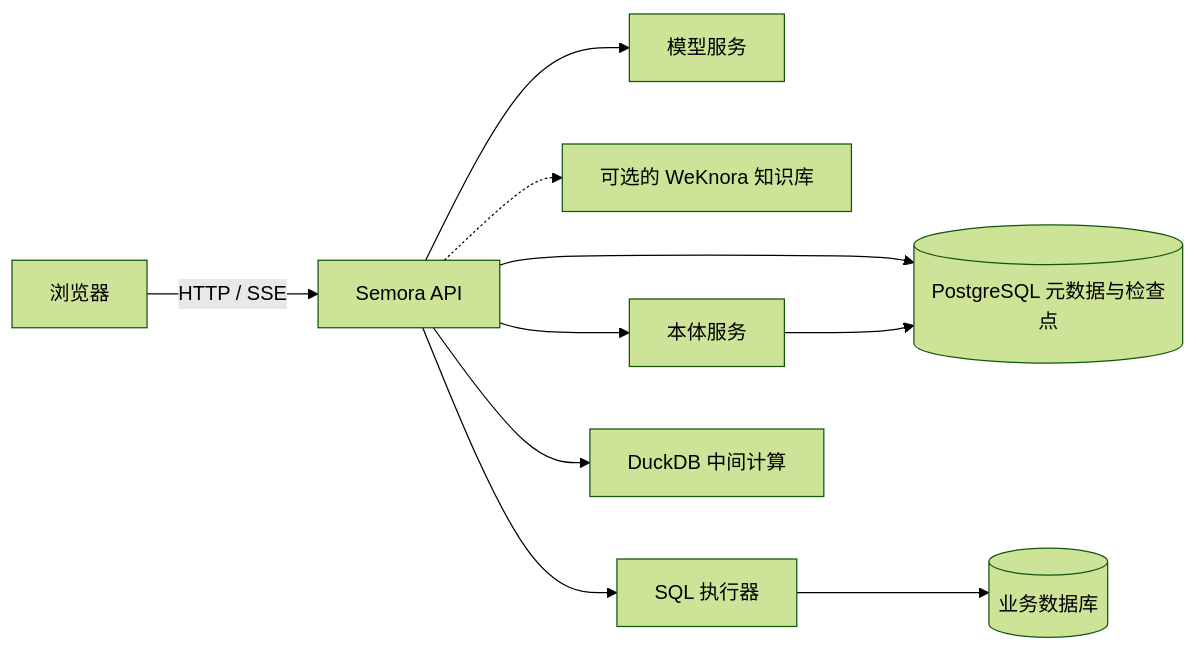
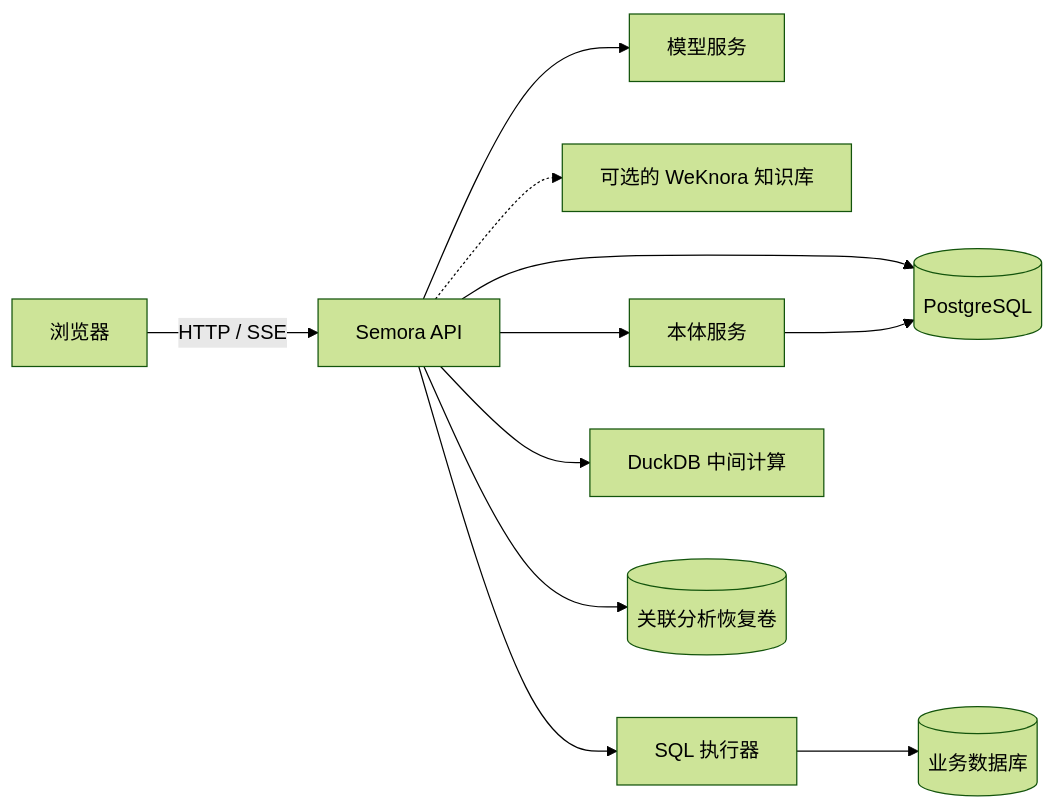
The third of 3 diagrams in README.zh-CN.md (aikernix/semora-community), drawn with Mermaid (forest theme) before and after one commit. The commit also changed other lines of this file and 1 other file, not shown here.

````diff
--- a/README.zh-CN.md
+++ b/README.zh-CN.md
@@ -61,12 +61,13 @@
 ```mermaid
 flowchart LR
     U["浏览器"] -->|HTTP / SSE| A["Semora API"]
     A --> M["模型服务"]
     A -.-> K["可选的 WeKnora 知识库"]
     A --> O["本体服务"]
     A --> E["SQL 执行器"]
     E --> D[("业务数据库")]
     A --> Q["DuckDB 中间计算"]
-    A --> P[("PostgreSQL 元数据与检查点")]
+    A --> P[("PostgreSQL")]
     O --> P
+    A --> R[("关联分析恢复卷")]
 ```
````
